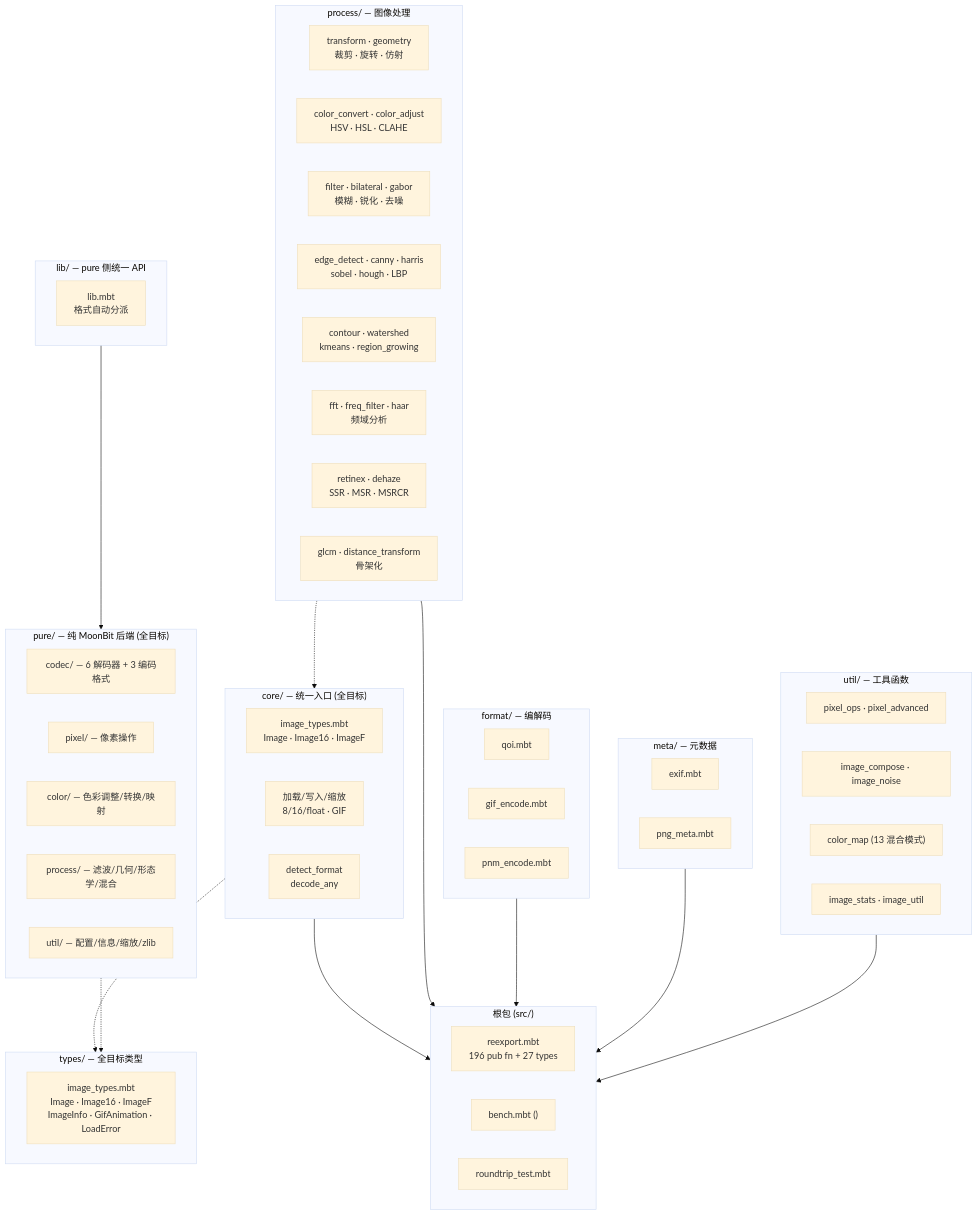
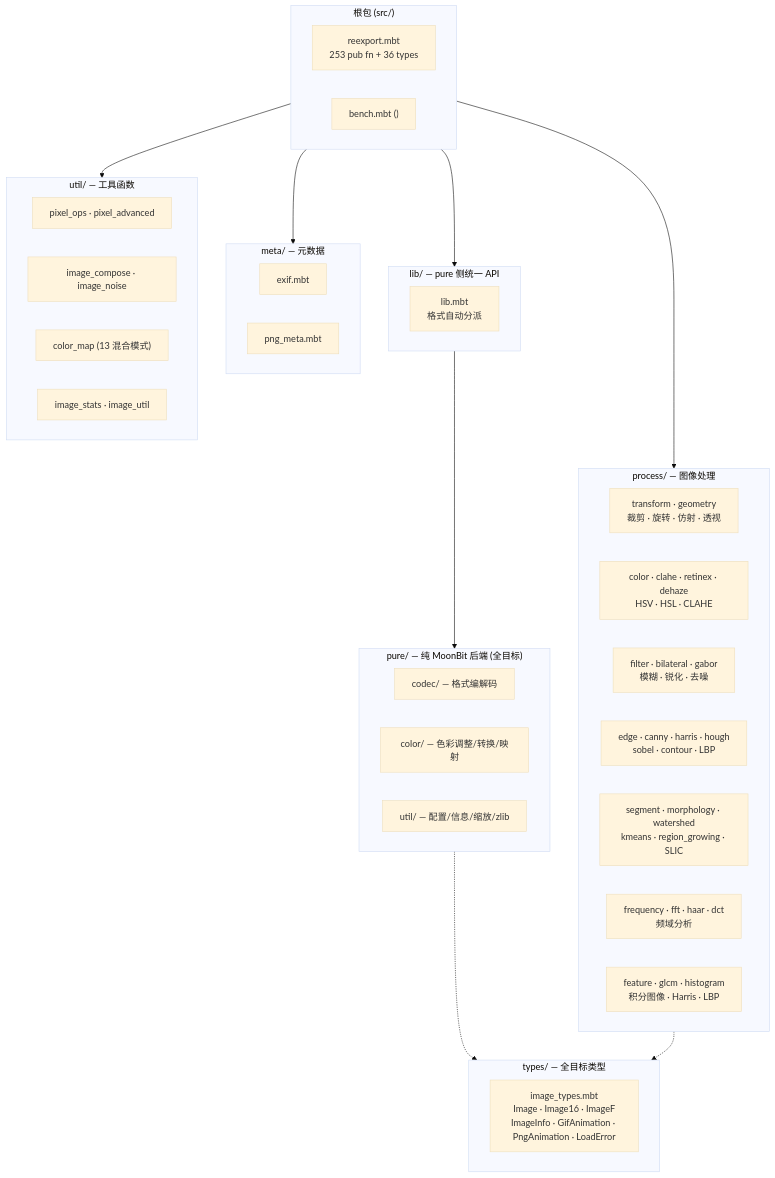
One commit to toadium/stb-image changed the second of 14 diagrams in docs/architecture.md. Above: the diagram before and after it, drawn with Mermaid (base theme). The commit also changed other lines of this file and 132 other files, not shown here.

````diff
--- a/docs/architecture.md
+++ b/docs/architecture.md
@@ -72,69 +76,51 @@
 ```mermaid
 flowchart TB
     subgraph Root["根包 (src/)"]
-        RE["reexport.mbt<br/>196 pub fn + 27 types"]
+        RE["reexport.mbt<br/>253 pub fn + 36 types"]
         Bench["bench.mbt ()"]
-        RT["roundtrip_test.mbt"]
     end
 
     subgraph TypesPkg["types/ — 全目标类型"]
-        TypeDef["image_types.mbt<br/>Image · Image16 · ImageF<br/>ImageInfo · GifAnimation · LoadError"]
+        TypeDef["image_types.mbt<br/>Image · Image16 · ImageF<br/>ImageInfo · GifAnimation · PngAnimation · LoadError"]
     end
 
-    subgraph Core["core/ — 统一入口 (全目标)"]
-        Types["image_types.mbt<br/>Image · Image16 · ImageF"]
-        Load["加载/写入/缩放<br/>8/16/float · GIF"]
-        Detect["detect_format<br/>decode_any"]
+    subgraph Pure["pure/ — 纯 MoonBit 后端 (全目标)"]
+        PureCodec["codec/ — 格式编解码"]
+        PureColor["color/ — 色彩调整/转换/映射"]
+        PureUtil["util/ — 配置/信息/缩放/zlib"]
+    end
+
+    subgraph Lib["lib/ — pure 侧统一 API"]
+        LibEntry["lib.mbt<br/>格式自动分派"]
     end
 
     subgraph Process["process/ — 图像处理"]
-        Transform["transform · geometry<br/>裁剪 · 旋转 · 仿射"]
-        Color["color_convert · color_adjust<br/>HSV · HSL · CLAHE"]
+        Transform["transform · geometry<br/>裁剪 · 旋转 · 仿射 · 透视"]
+        Color["color · clahe · retinex · dehaze<br/>HSV · HSL · CLAHE"]
         Filter["filter · bilateral · gabor<br/>模糊 · 锐化 · 去噪"]
-        Edge["edge_detect · canny · harris<br/>sobel · hough · LBP"]
-        Segment["contour · watershed<br/>kmeans · region_growing"]
-        Freq["fft · freq_filter · haar<br/>频域分析"]
-        Retinex["retinex · dehaze<br/>SSR · MSR · MSRCR"]
-        Texture["glcm · distance_transform<br/>骨架化"]
-    end
-
-    subgraph Format["format/ — 编解码"]
-        QOI["qoi.mbt"]
-        GIF["gif_encode.mbt"]
-        PNM["pnm_encode.mbt"]
+        Edge["edge · canny · harris · hough<br/>sobel · contour · LBP"]
+        Segment["segment · morphology · watershed<br/>kmeans · region_growing · SLIC"]
+        Freq["frequency · fft · haar · dct<br/>频域分析"]
+        Feature["feature · glcm · histogram<br/>积分图像 · Harris · LBP"]
     end
 
     subgraph Meta["meta/ — 元数据"]
         EXIF["exif.mbt"]
         PNGMeta["png_meta.mbt"]
     end
 
     subgraph Util["util/ — 工具函数"]
         PixelOps["pixel_ops · pixel_advanced"]
         Compose["image_compose · image_noise"]
         Blend["color_map (13 混合模式)"]
         Stats["image_stats · image_util"]
     end
 
-    subgraph Pure["pure/ — 纯 MoonBit 后端 (全目标)"]
-        PureCodec["codec/ — 6 解码器 + 3 编码格式"]
-        PurePixel["pixel/ — 像素操作"]
-        PureColor["color/ — 色彩调整/转换/映射"]
-        PureProcess["process/ — 滤波/几何/形态学/混合"]
-        PureUtil["util/ — 配置/信息/缩放/zlib"]
-    end
-
-    subgraph Lib["lib/ — pure 侧统一 API"]
-        LibEntry["lib.mbt<br/>格式自动分派"]
-    end
-
-    Core --> Root
-    Process --> Root
-    Format --> Root
-    Meta --> Root
-    Util --> Root
+    Root --> Lib
+    Root --> Process
+    Root --> Meta
+    Root --> Util
     Lib --> Pure
-    Core -.-> TypesPkg
     Pure -.-> TypesPkg
-    Process -.-> Core
+    Process -.-> TypesPkg
 ```
````
